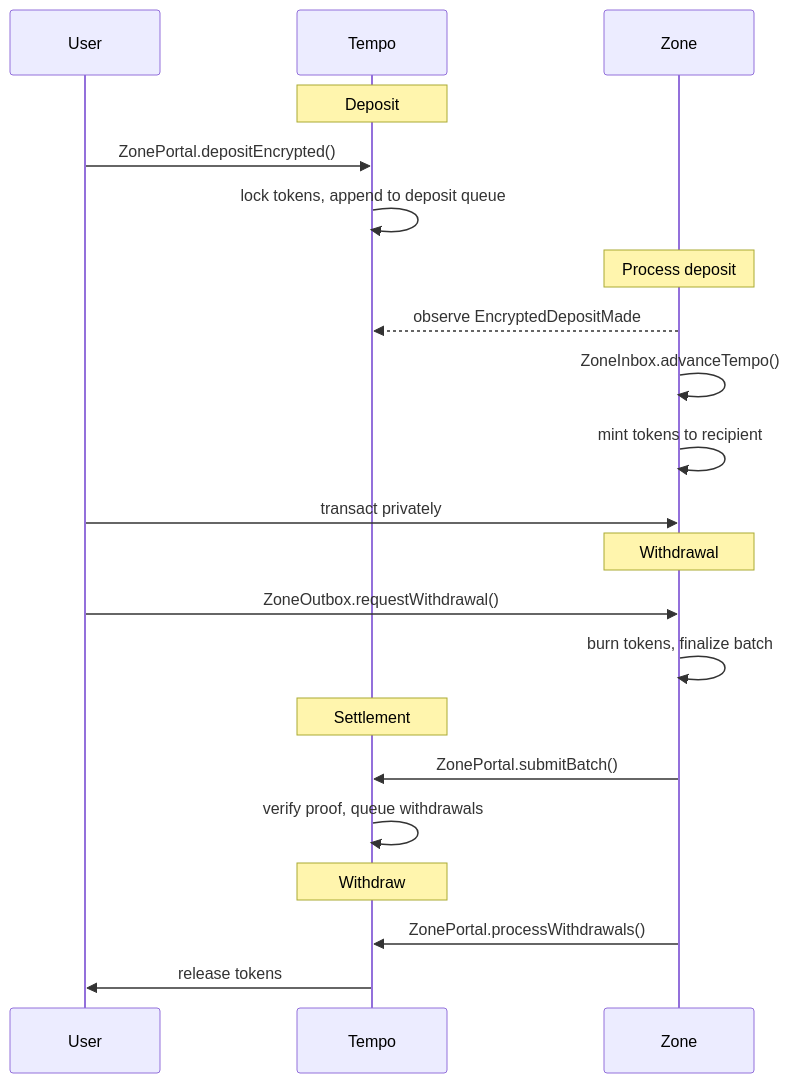
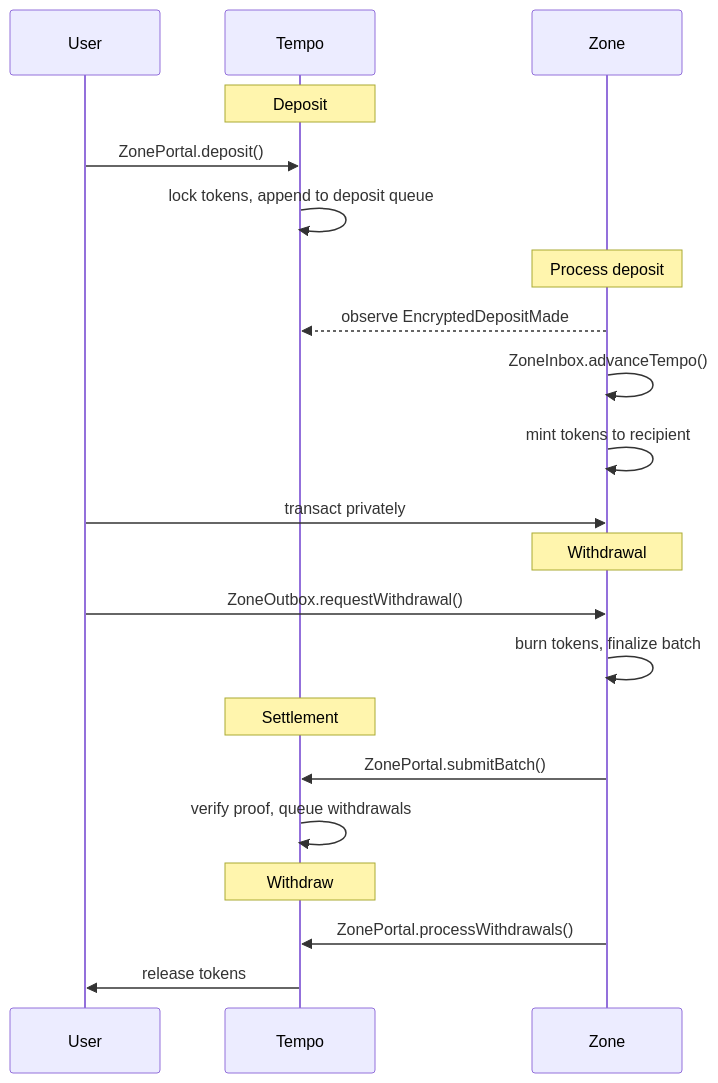
The first of 5 diagrams in specs/spec.md (tempoxyz/zones), drawn with Mermaid before and after one commit. The commit also changed other lines of this file and 25 other files, not shown here.

Commit message:
refactor: use deposit alias for encrypted deposits

````diff
--- a/specs/spec.md
+++ b/specs/spec.md
@@ -138,29 +138,29 @@
 ```mermaid
 sequenceDiagram
     participant U as User
     participant T as Tempo
     participant Z as Zone
 
     Note over T: Deposit
-    U->>T: ZonePortal.depositEncrypted()
+    U->>T: ZonePortal.deposit()
     T->>T: lock tokens, append to deposit queue
 
     Note over Z: Process deposit
     Z-->>T: observe EncryptedDepositMade
     Z->>Z: ZoneInbox.advanceTempo()
     Z->>Z: mint tokens to recipient
 
     U->>Z: transact privately
 
     Note over Z: Withdrawal
     U->>Z: ZoneOutbox.requestWithdrawal()
     Z->>Z: burn tokens, finalize batch
 
     Note over T: Settlement
     Z->>T: ZonePortal.submitBatch()
     T->>T: verify proof, queue withdrawals
 
     Note over T: Withdraw
     Z->>T: ZonePortal.processWithdrawals()
     T->>U: release tokens
 ```
````
